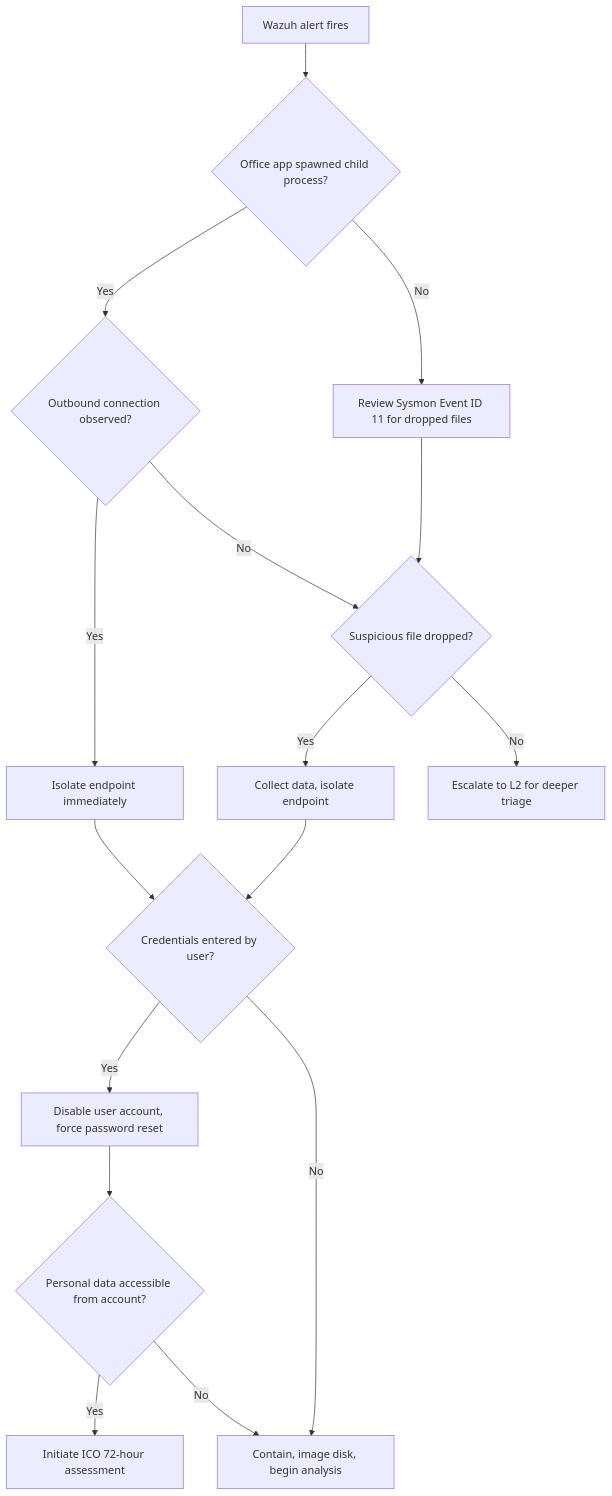
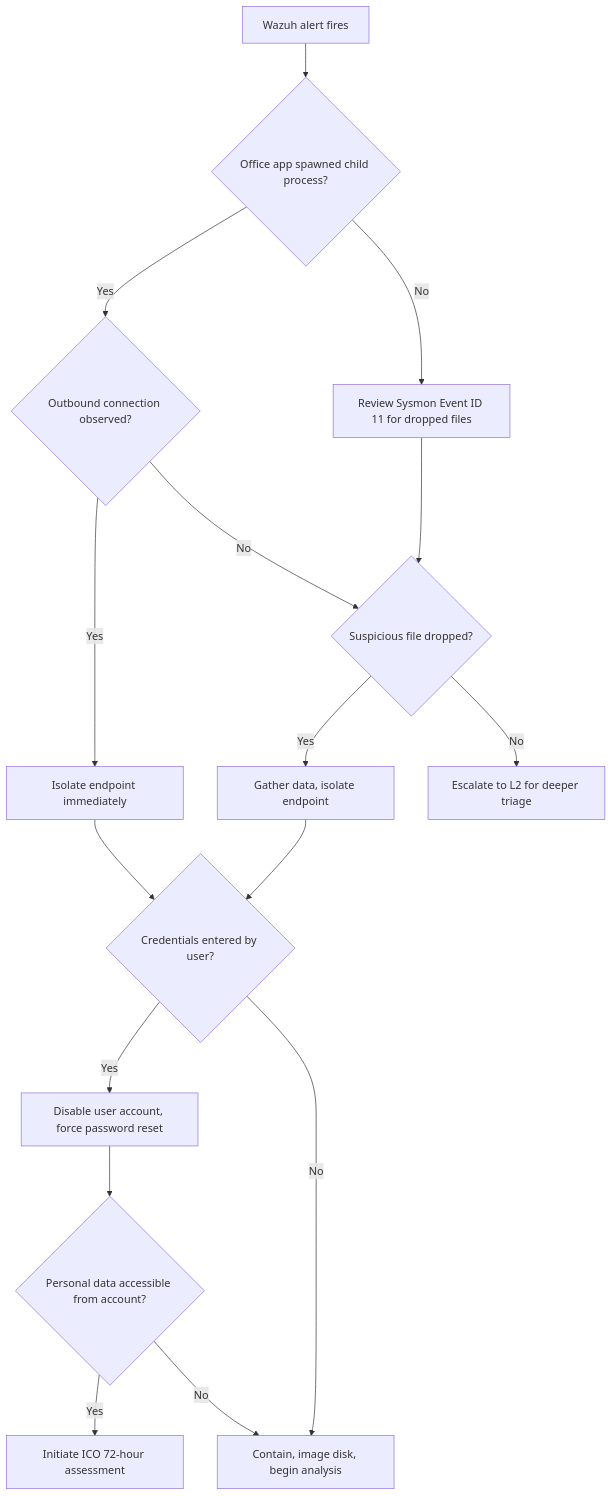
The diagram in playbooks/phishing/playbook.md (shoaibazadc/IR-Playbooks), drawn with Mermaid before and after one commit.

````diff
--- a/playbooks/phishing/playbook.md
+++ b/playbooks/phishing/playbook.md
@@ -34,18 +34,18 @@
 ```mermaid
 graph TD
     A[Wazuh alert fires] --> B{Office app spawned child process?}
     B -- Yes --> C{Outbound connection observed?}
     B -- No --> D[Review Sysmon Event ID 11 for dropped files]
     C -- Yes --> E[Isolate endpoint immediately]
     C -- No --> F{Suspicious file dropped?}
     D --> F
-    F -- Yes --> G[Collect data, isolate endpoint]
+    F -- Yes --> G[Gather data, isolate endpoint]
     F -- No --> H[Escalate to L2 for deeper triage]
     E --> I{Credentials entered by user?}
     G --> I
     I -- Yes --> J[Disable user account, force password reset]
     I -- No --> K[Contain, image disk, begin analysis]
     J --> L{Personal data accessible from account?}
     L -- Yes --> M[Initiate ICO 72-hour assessment]
     L -- No --> K
 ```
````
